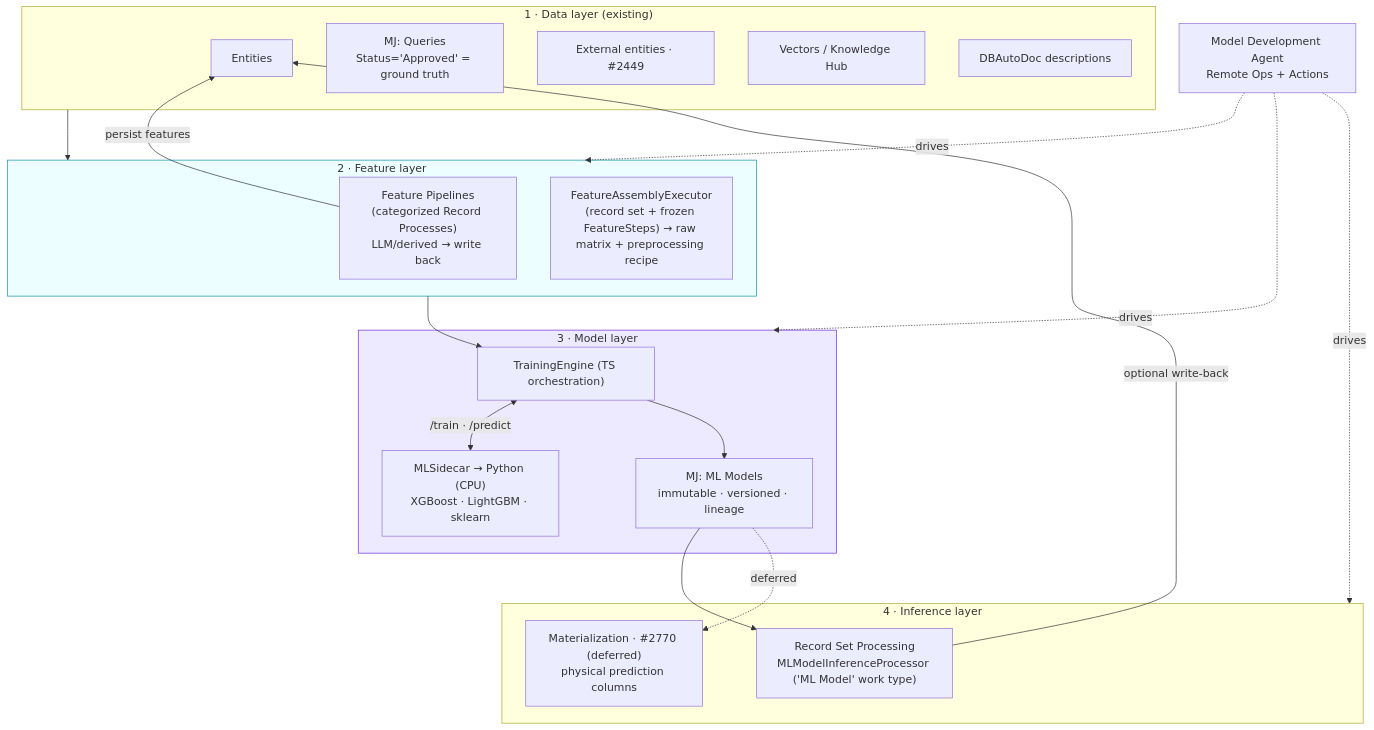
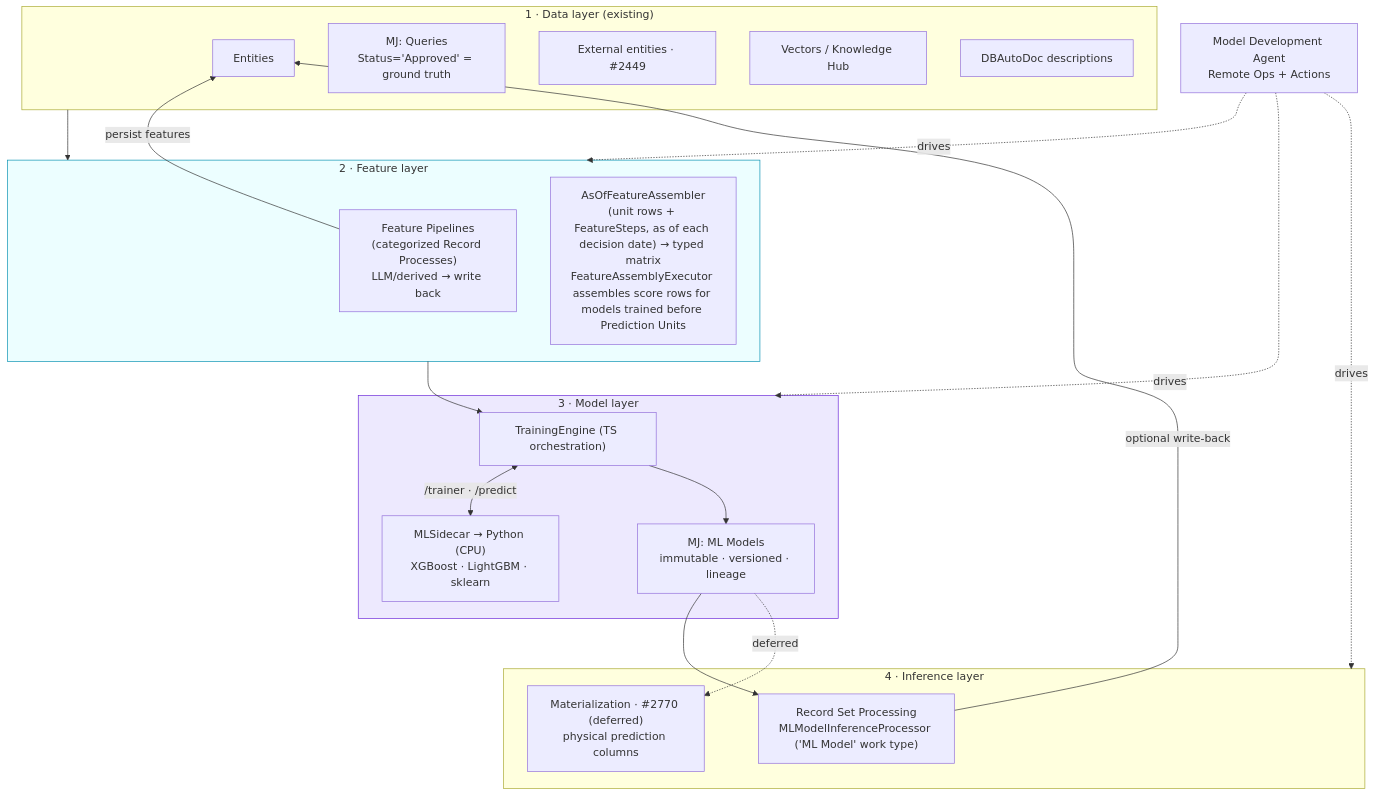
Before and after one commit to MemberJunction/MJ: the first of 15 diagrams in guides/PREDICTIVE_STUDIO_GUIDE.md, drawn with Mermaid. The commit also changed other lines of this file and 4 other files, not shown here.

First line of the commit message:
docs(ps): PR 3 M11.5 — guide and PS READMEs describe the unit/protocol training path, the stored gate decision, the outcome copy and the migration Action

````diff
--- a/guides/PREDICTIVE_STUDIO_GUIDE.md
+++ b/guides/PREDICTIVE_STUDIO_GUIDE.md
@@ -80,34 +78,34 @@
 ```mermaid
 flowchart TB
     subgraph DATA["1 · Data layer (existing)"]
         E[Entities]
         Q["MJ: Queries<br/>Status='Approved' = ground truth"]
         EXT["External entities · #2449"]
         VEC[Vectors / Knowledge Hub]
         DOC[DBAutoDoc descriptions]
     end
     subgraph FEAT["2 · Feature layer"]
         FP["Feature Pipelines<br/>(categorized Record Processes)<br/>LLM/derived → write back"]
-        FA["FeatureAssemblyExecutor<br/>(record set + frozen FeatureSteps) → raw matrix + preprocessing recipe"]
+        FA["AsOfFeatureAssembler<br/>(unit rows + FeatureSteps, as of each decision date) → typed matrix<br/>FeatureAssemblyExecutor assembles score rows for models trained before Prediction Units"]
     end
     subgraph MODEL["3 · Model layer"]
         TRAIN["TrainingEngine (TS orchestration)"]
         SIDE["MLSidecar → Python (CPU)<br/>XGBoost · LightGBM · sklearn"]
         MM["MJ: ML Models<br/>immutable · versioned · lineage"]
     end
     subgraph INFER["4 · Inference layer"]
         RSP["Record Set Processing<br/>MLModelInferenceProcessor ('ML Model' work type)"]
         MAT["Materialization · #2770 (deferred)<br/>physical prediction columns"]
     end
     DATA --> FEAT
     FP -->|persist features| E
     FEAT --> TRAIN
-    TRAIN <-->|"/train · /predict"| SIDE
+    TRAIN <-->|"/trainer · /predict"| SIDE
     TRAIN --> MM
     MM --> RSP
     MM -.deferred.-> MAT
     RSP -->|optional write-back| E
     AGENT["Model Development Agent<br/>Remote Ops + Actions"] -.drives.-> FEAT & MODEL & INFER
     style FEAT fill:#ecfeff,stroke:#0891b2
     style MODEL fill:#ede9fe,stroke:#6d28d9
 ```
````
